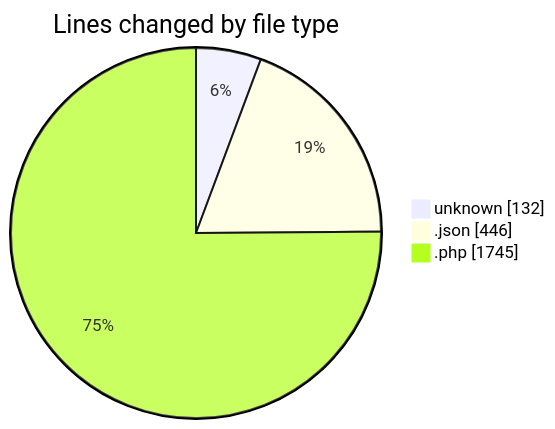
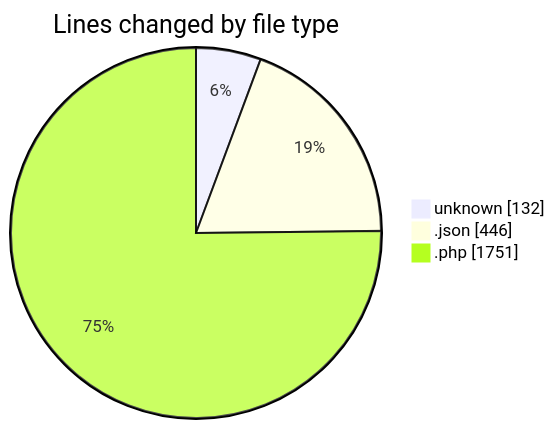
One commit to idhammustaqopulfikri/code-tracking changed the first of 2 diagrams in 2025-03-26/autodidak/README.md. Above: the diagram before and after it, drawn with Mermaid. The commit also changed other lines of this file and 1 other file, not shown here.

````diff
--- a/2025-03-26/autodidak/README.md
+++ b/2025-03-26/autodidak/README.md
@@ -26,7 +27,7 @@
 ```mermaid
 pie showData
 title Lines changed by file type
 "unknown" : 132
 ".json" : 446
-".php" : 1745
+".php" : 1751
 ```
````
